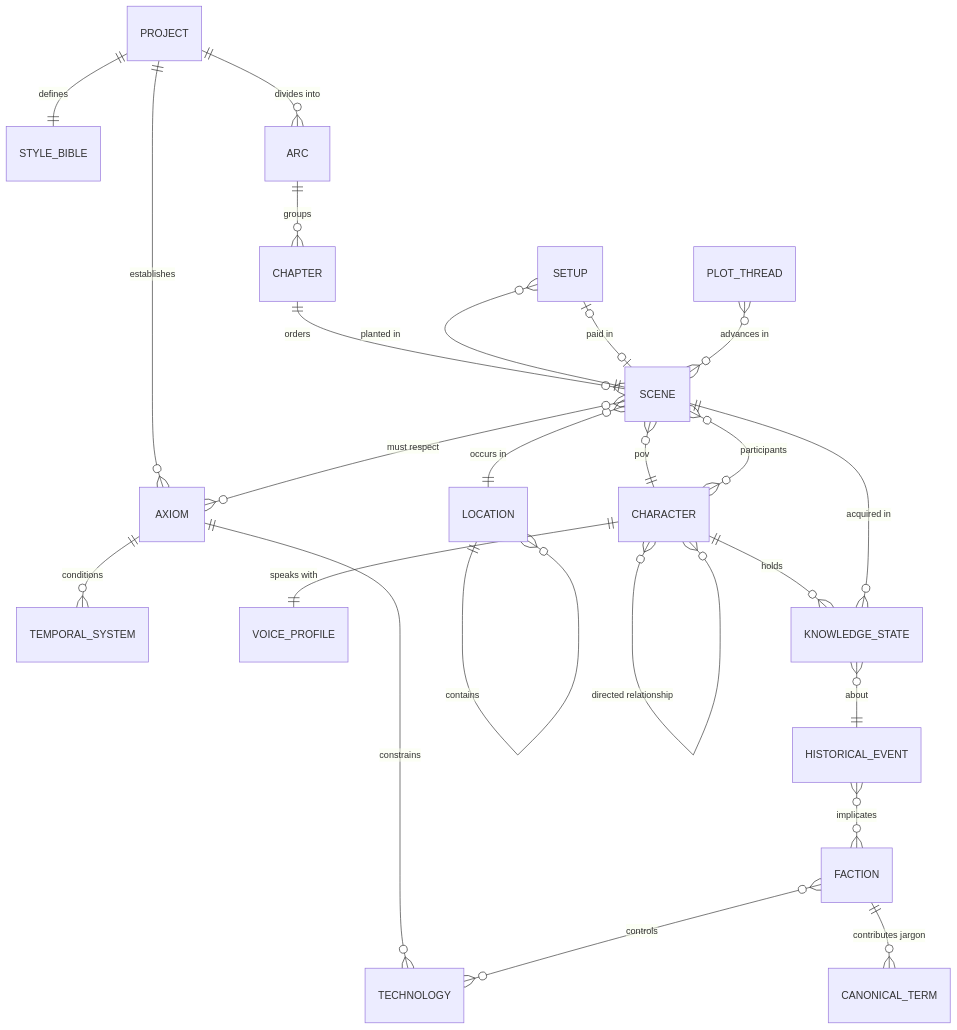
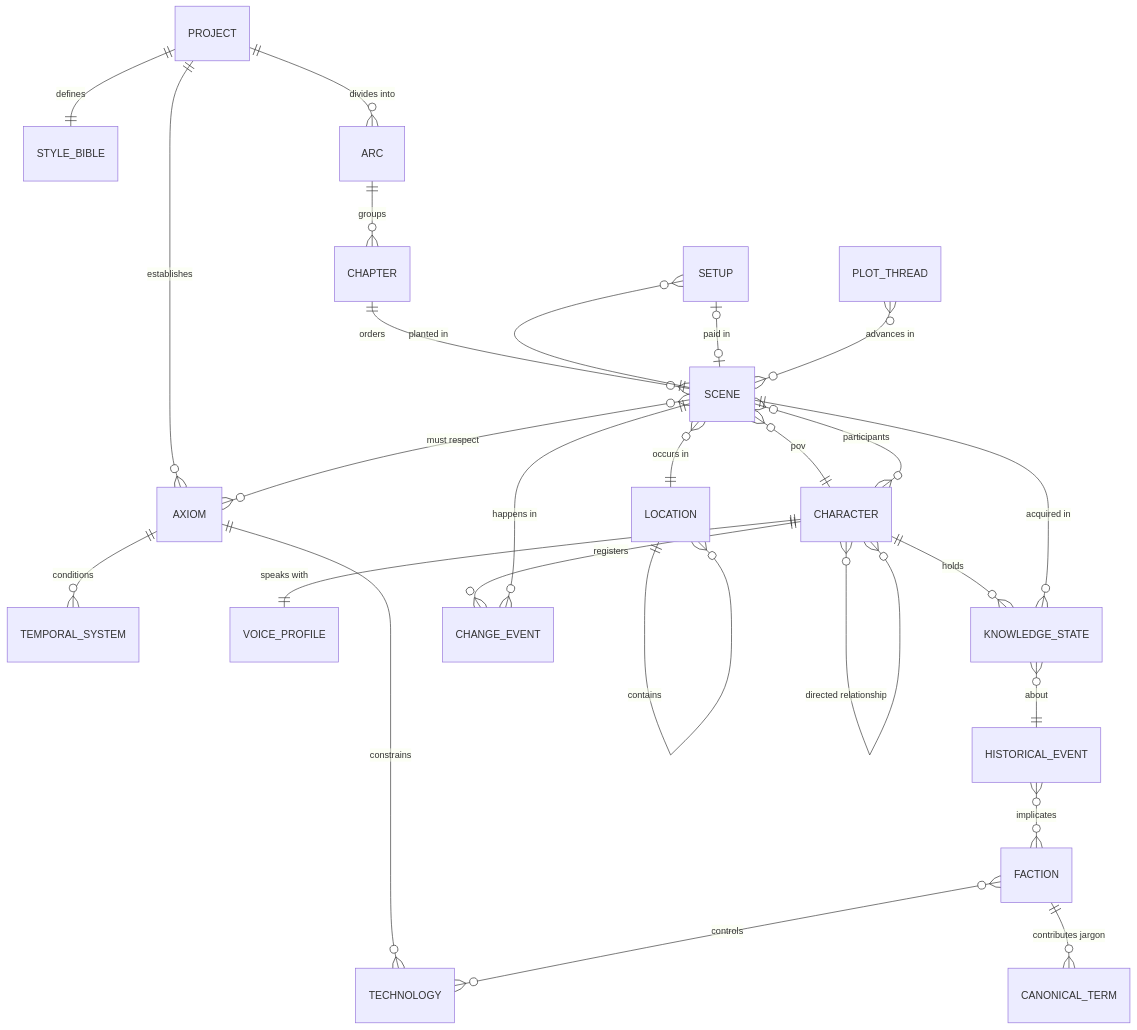
One commit to ignacio-hurtado-qaracter/My-Story-Marker changed the first of 5 diagrams in docs/domain-knowledge.md. Above: the diagram before and after it, drawn with Mermaid. The commit also changed other lines of this file and 2 other files, not shown here.

First line of the commit message:
docs: give ChangeEvent a definition, a store path and a place in the graph

````diff
--- a/docs/domain-knowledge.md
+++ b/docs/domain-knowledge.md
@@ -15,31 +15,33 @@
 ```mermaid
 erDiagram
   PROJECT ||--|| STYLE_BIBLE : "defines"
   PROJECT ||--o{ AXIOM : "establishes"
   PROJECT ||--o{ ARC : "divides into"
 
   AXIOM ||--o{ TECHNOLOGY : "constrains"
   AXIOM ||--o{ TEMPORAL_SYSTEM : "conditions"
   FACTION }o--o{ TECHNOLOGY : "controls"
   FACTION ||--o{ CANONICAL_TERM : "contributes jargon"
   LOCATION ||--o{ LOCATION : "contains"
   HISTORICAL_EVENT }o--o{ FACTION : "implicates"
 
   ARC ||--o{ CHAPTER : "groups"
   CHAPTER ||--o{ SCENE : "orders"
 
   SCENE }o--|| CHARACTER : "pov"
   SCENE }o--o{ CHARACTER : "participants"
   SCENE }o--|| LOCATION : "occurs in"
   SCENE }o--o{ AXIOM : "must respect"
 
   CHARACTER ||--|| VOICE_PROFILE : "speaks with"
   CHARACTER ||--o{ KNOWLEDGE_STATE : "holds"
+  CHARACTER ||--o{ CHANGE_EVENT : "registers"
+  CHANGE_EVENT }o--|| SCENE : "happens in"
   CHARACTER }o--o{ CHARACTER : "directed relationship"
   KNOWLEDGE_STATE }o--|| SCENE : "acquired in"
   KNOWLEDGE_STATE }o--|| HISTORICAL_EVENT : "about"
 
   SETUP }o--|| SCENE : "planted in"
   SETUP |o--o| SCENE : "paid in"
   PLOT_THREAD }o--o{ SCENE : "advances in"
 ```
````
